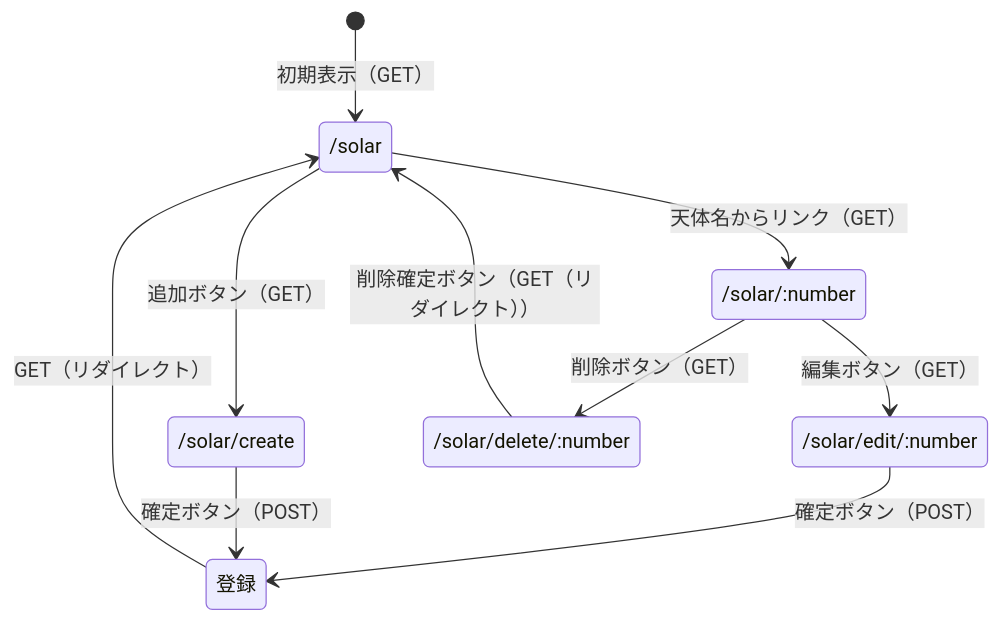
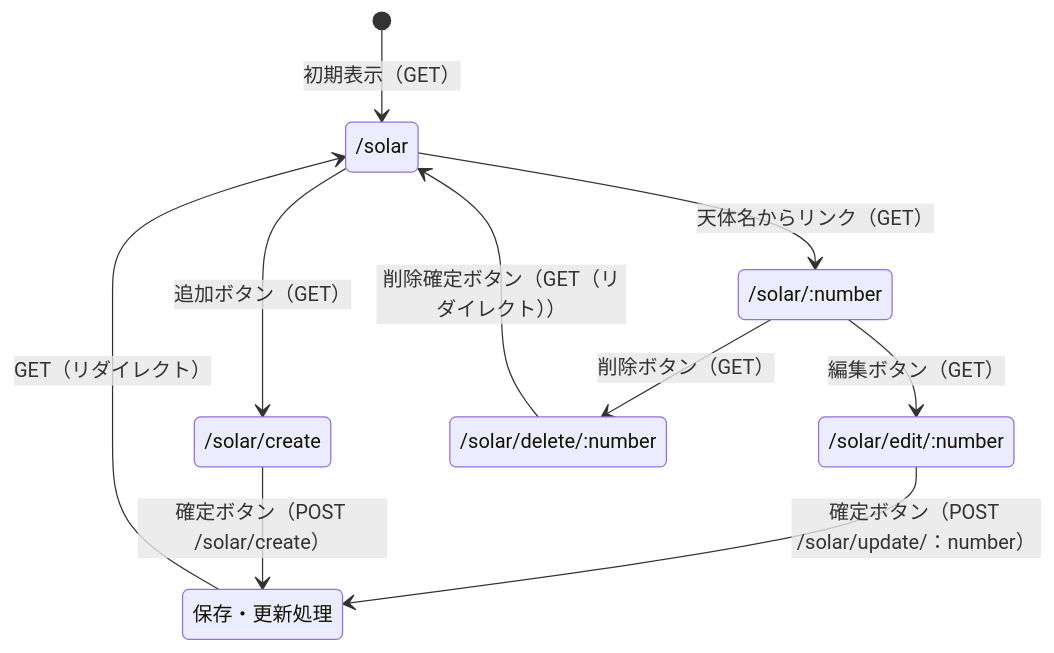
Before and after one commit to s25g1001ep-sudo/webpro_06: the first of 3 diagrams in spec.md, drawn with Mermaid. The commit also changed other lines of this file and 2 other files, not shown here.

````diff
--- a/spec.md
+++ b/spec.md
@@ -49,20 +49,20 @@
 ```mermaid
 stateDiagram-v2
     
     state "/solar" as /solar
     state "/solar/:number" as /detail
     state "/solar/create" as /add
     state "/solar/edit/:number" as /edit
     state "/solar/delete/:number" as /delete
-
+    state "保存・更新処理" as 登録
     
     [*] --> /solar: 初期表示（GET）
     /solar --> /detail: 天体名からリンク（GET）
     /detail --> /edit: 編集ボタン（GET）
-    /edit --> 登録: 確定ボタン（POST）
+    /edit --> 登録: 確定ボタン（POST /solar/update/：number）
     登録 --> /solar: GET（リダイレクト）
     /solar --> /add: 追加ボタン（GET）
-    /add --> 登録: 確定ボタン（POST）
+    /add --> 登録: 確定ボタン（POST /solar/create）
     /detail --> /delete: 削除ボタン（GET）
     /delete --> /solar: 削除確定ボタン（GET（リダイレクト））
 ```
````
